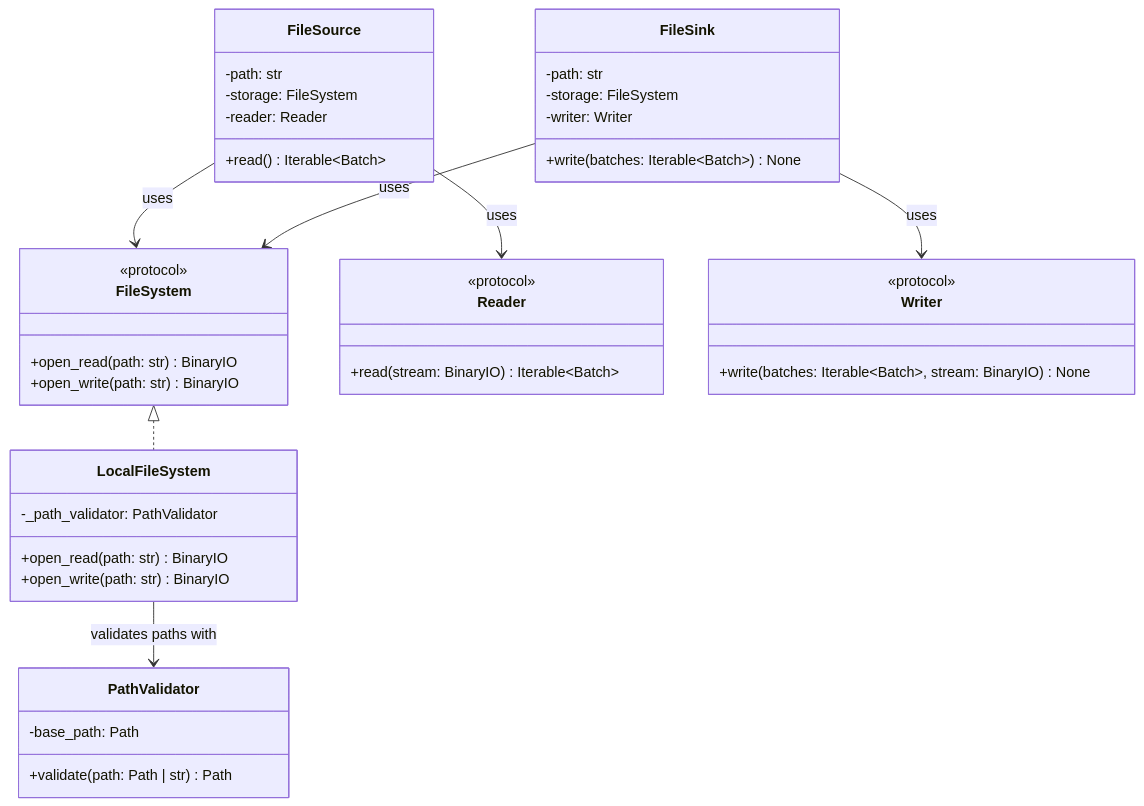
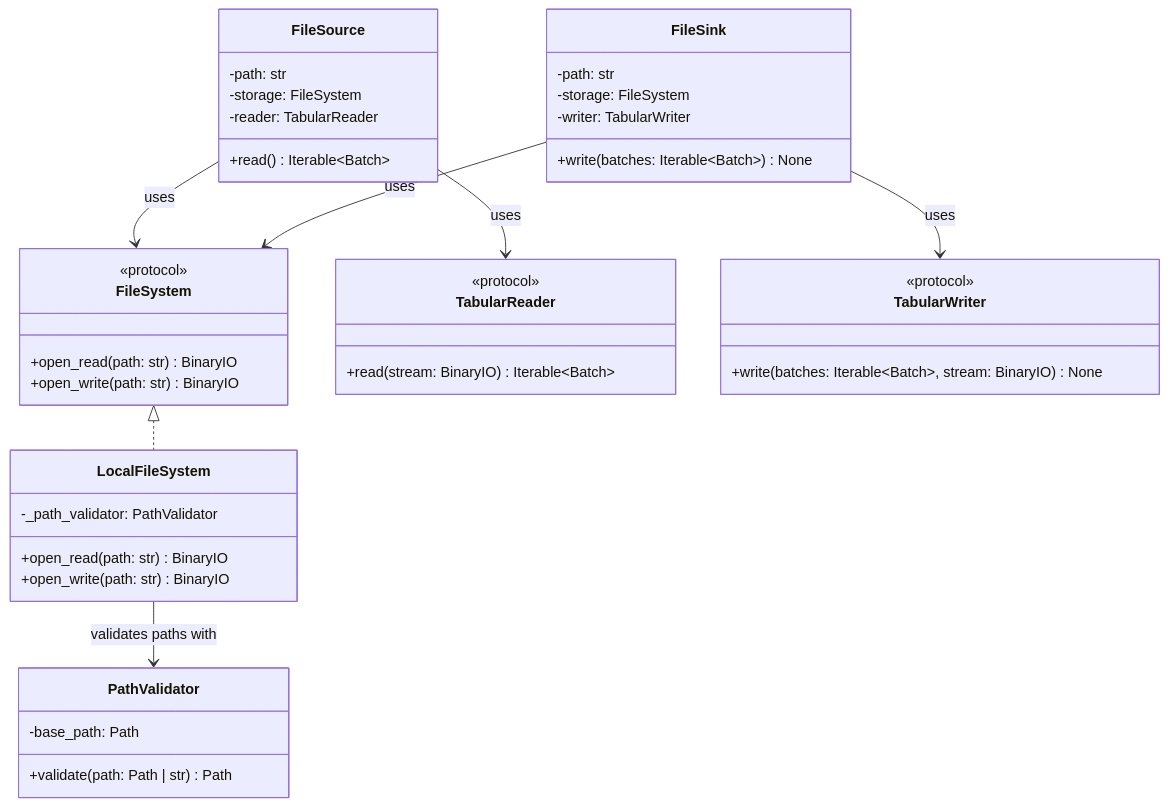
Before and after one commit to apaquette/ETLRelay: the diagram in docs/architecture/local_filesystem.md, drawn with Mermaid. The commit also changed other lines of this file and 20 other files, not shown here.

````diff
--- a/docs/architecture/local_filesystem.md
+++ b/docs/architecture/local_filesystem.md
@@ -15,52 +15,52 @@
 ```mermaid
 classDiagram
     class FileSystem {
         <<protocol>>
         +open_read(path: str) BinaryIO
         +open_write(path: str) BinaryIO
     }
 
     class LocalFileSystem {
         -_path_validator: PathValidator
         +open_read(path: str) BinaryIO
         +open_write(path: str) BinaryIO
     }
 
     class PathValidator {
         -base_path: Path
         +validate(path: Path | str) Path
     }
 
     class FileSource {
         -path: str
         -storage: FileSystem
-        -reader: Reader
+        -reader: TabularReader
         +read() Iterable~Batch~
     }
 
     class FileSink {
         -path: str
         -storage: FileSystem
-        -writer: Writer
+        -writer: TabularWriter
         +write(batches: Iterable~Batch~) None
     }
 
-    class Reader {
+    class TabularReader {
         <<protocol>>
         +read(stream: BinaryIO) Iterable~Batch~
     }
 
-    class Writer {
+    class TabularWriter {
         <<protocol>>
         +write(batches: Iterable~Batch~, stream: BinaryIO) None
     }
 
     FileSystem <|.. LocalFileSystem
     LocalFileSystem --> PathValidator : validates paths with
 
     FileSource --> FileSystem : uses
     FileSink --> FileSystem : uses
 
-    FileSource --> Reader : uses
-    FileSink --> Writer : uses
+    FileSource --> TabularReader : uses
+    FileSink --> TabularWriter : uses
 ```
````
